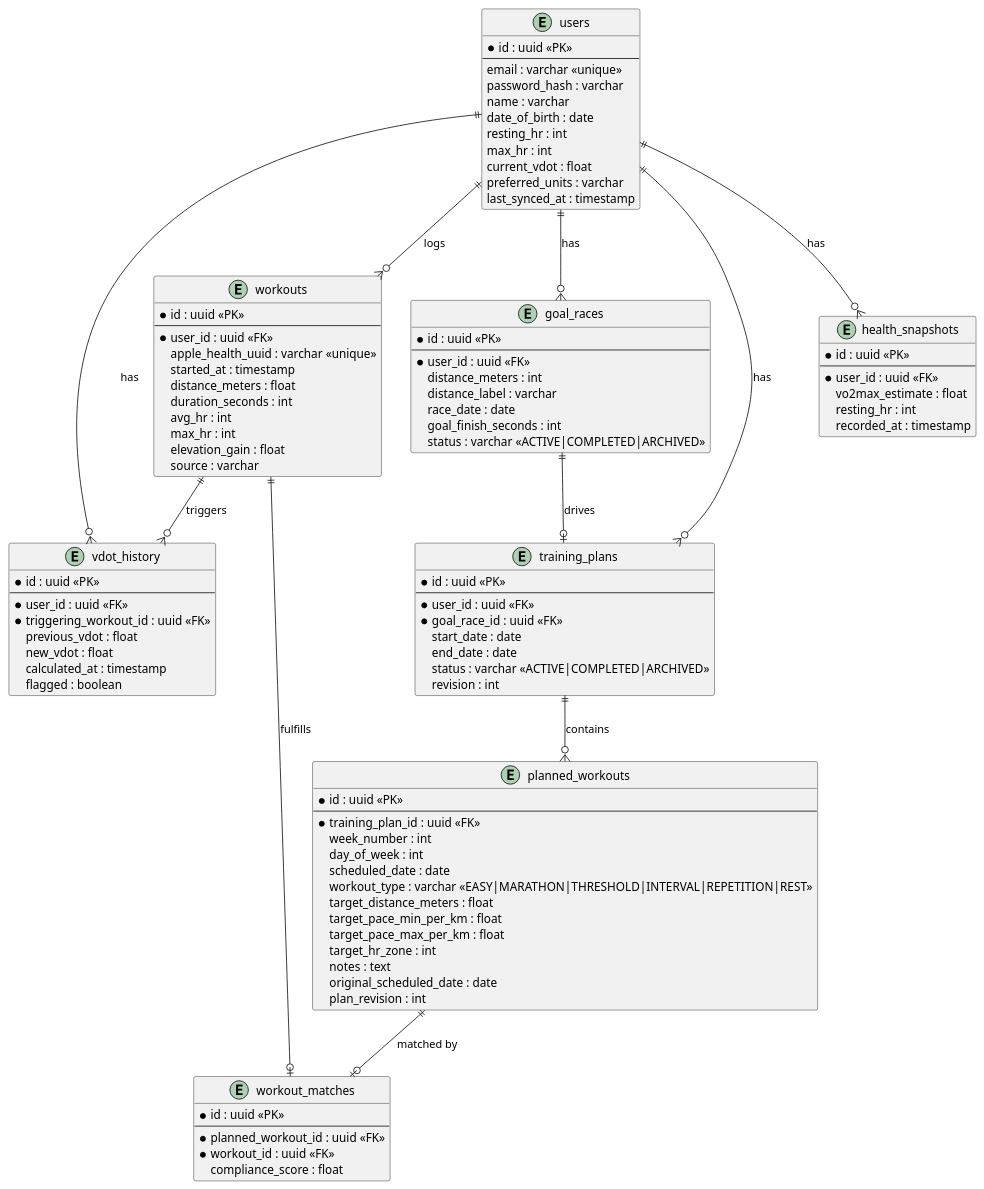
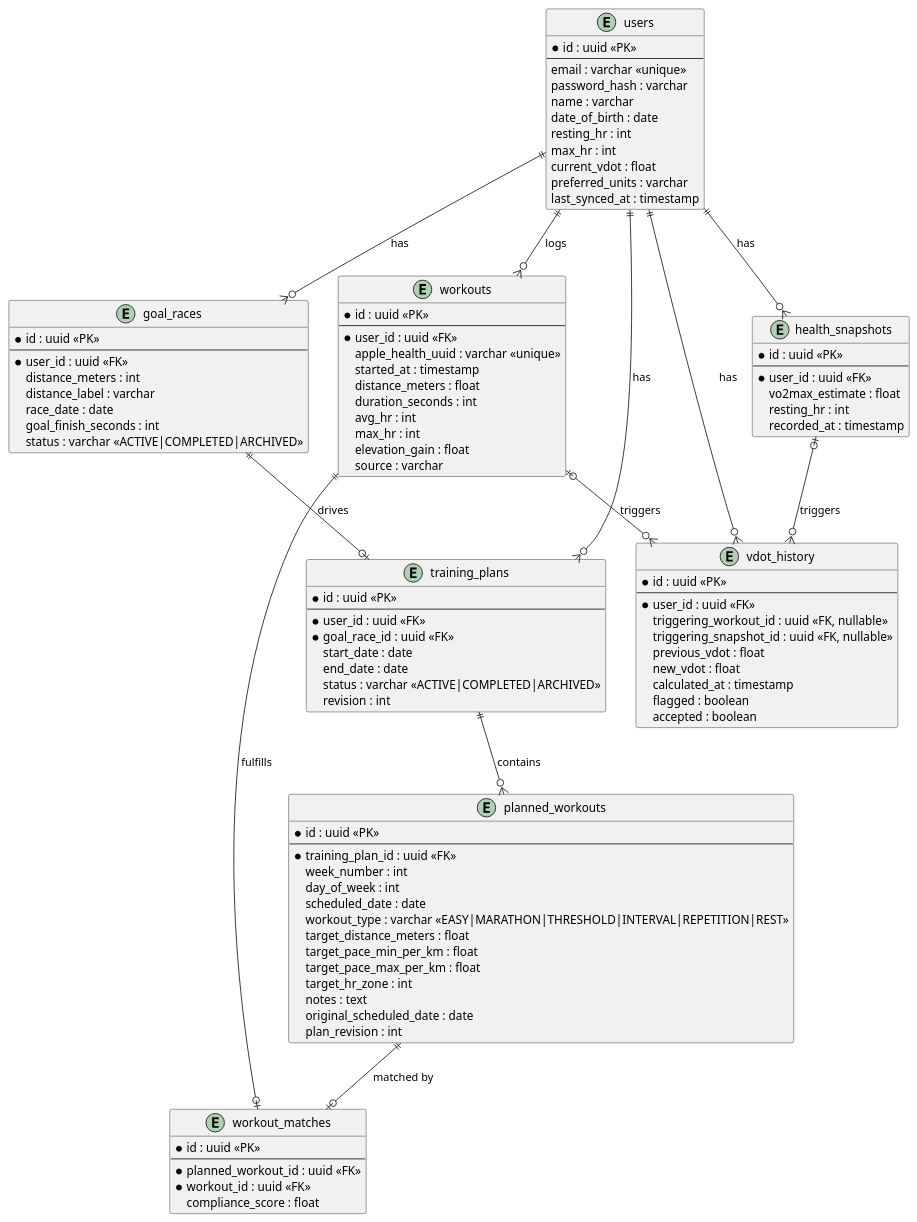
One commit to ajones8131/run-planner changed the diagram in docs/superpowers/specs/2026-03-24-run-planner-design.md. Above: the diagram before and after it, drawn with PlantUML. The commit also changed other lines of this file, not shown here.

````diff
--- a/docs/superpowers/specs/2026-03-24-run-planner-design.md
+++ b/docs/superpowers/specs/2026-03-24-run-planner-design.md
@@ -132,11 +139,13 @@
     * id : uuid <<PK>>
     --
     * user_id : uuid <<FK>>
-    * triggering_workout_id : uuid <<FK>>
+    triggering_workout_id : uuid <<FK, nullable>>
+    triggering_snapshot_id : uuid <<FK, nullable>>
     previous_vdot : float
     new_vdot : float
     calculated_at : timestamp
     flagged : boolean
+    accepted : boolean
 }
 
 entity training_plans {
@@ -184,6 +193,7 @@
 training_plans ||--o{ planned_workouts : "contains"
 planned_workouts ||--o| workout_matches : "matched by"
 workouts ||--o| workout_matches : "fulfills"
-workouts ||--o{ vdot_history : "triggers"
+workouts |o--o{ vdot_history : "triggers"
+health_snapshots |o--o{ vdot_history : "triggers"
 @enduml
 ```
````
